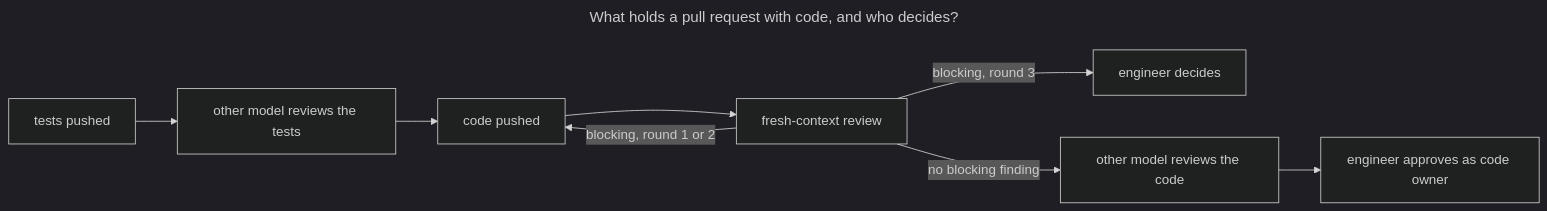
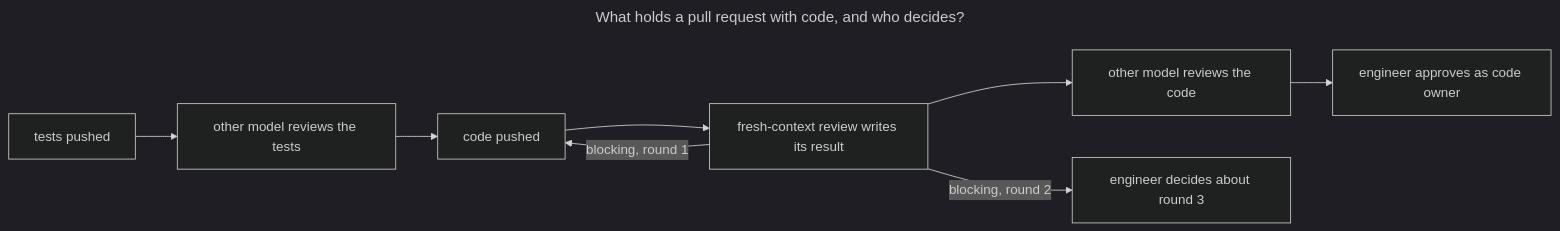
The diagram in docs/increments/06-gate-and-status/design.md (HannesT117/software-factory), drawn with Mermaid (dark theme) before and after one commit. The commit also changed other lines of this file, not shown here.

Commit message:
Draw the rounds as the interface fixes them, and own .claude/
The sketch showed the engineer deciding after round 3 and the other
model reviewing only code without a blocking finding; the interface
fixes the decision after round 2 and the review once a result exists.
The sessions load skills, agents and settings through .claude/, so it
is owned too.

````diff
--- a/docs/increments/06-gate-and-status/design.md
+++ b/docs/increments/06-gate-and-status/design.md
@@ -31,13 +31,13 @@
 ```mermaid
 ---
 title: What holds a pull request with code, and who decides?
 ---
 flowchart LR
   T[tests pushed] --> X1[other model reviews the tests]
   X1 --> C[code pushed]
-  C --> R[fresh-context review]
-  R -->|blocking, round 1 or 2| C
-  R -->|blocking, round 3| E[engineer decides]
-  R -->|no blocking finding| X2[other model reviews the code]
+  C --> R[fresh-context review writes its result]
+  R --> X2[other model reviews the code]
+  R -->|blocking, round 1| C
+  R -->|blocking, round 2| E[engineer decides about round 3]
   X2 --> M[engineer approves as code owner]
 ```
````
